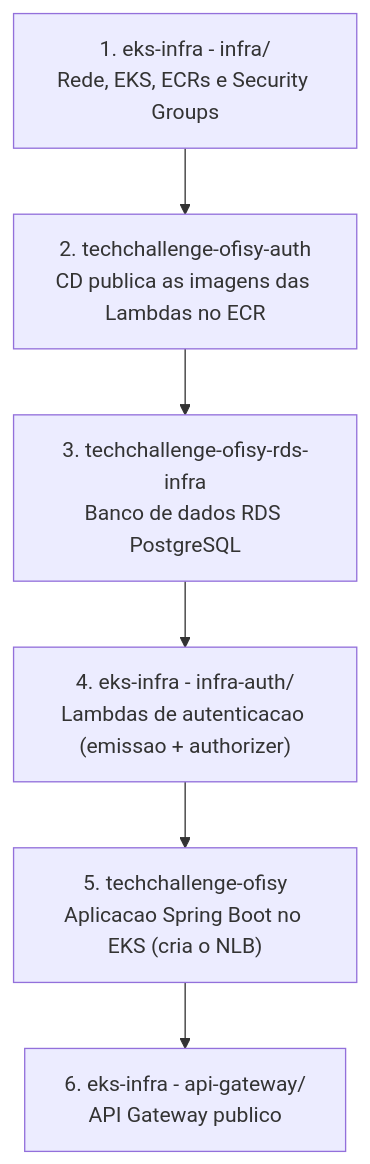
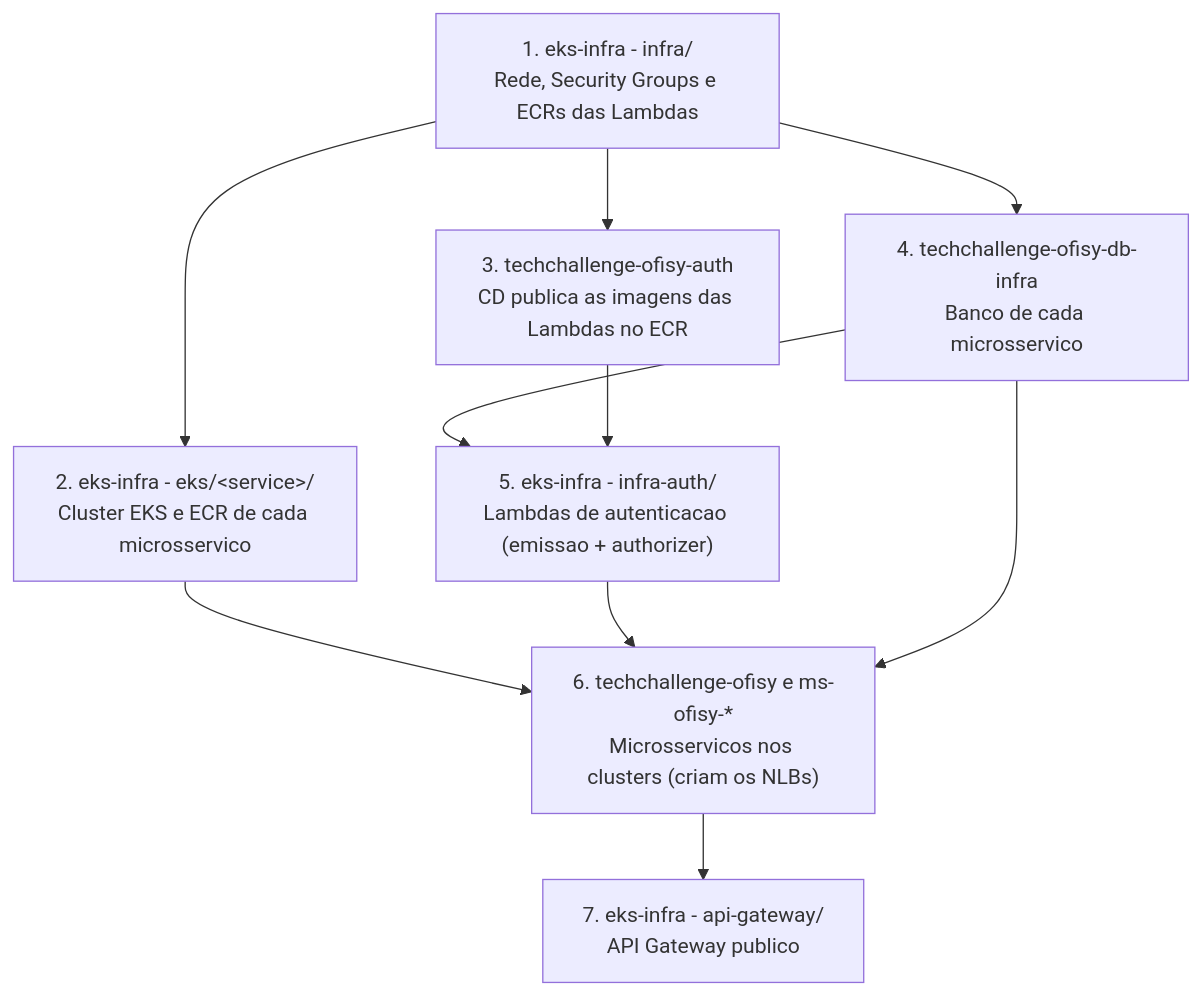
Before and after one commit to 15SOAT-FIAP/techchallenge-ofisy-eks-infra: the diagram in README.md, drawn with Mermaid. The commit also changed other lines of this file, not shown here.

Commit message:
docs: documentar os clusters eks por microsserviço

````diff
--- a/README.md
+++ b/README.md
@@ -60,11 +63,15 @@
 ```mermaid
 flowchart TD
-    P1["1. eks-infra - infra/<br/>Rede, EKS, ECRs e Security Groups"]
-    P2["2. techchallenge-ofisy-auth<br/>CD publica as imagens das Lambdas no ECR"]
-    P3["3. techchallenge-ofisy-rds-infra<br/>Banco de dados RDS PostgreSQL"]
-    P4["4. eks-infra - infra-auth/<br/>Lambdas de autenticacao (emissao + authorizer)"]
-    P5["5. techchallenge-ofisy<br/>Aplicacao Spring Boot no EKS (cria o NLB)"]
-    P6["6. eks-infra - api-gateway/<br/>API Gateway publico"]
+    P1["1. eks-infra - infra/<br/>Rede, Security Groups e ECRs das Lambdas"]
+    P2["2. eks-infra - eks/&lt;service&gt;/<br/>Cluster EKS e ECR de cada microsservico"]
+    P3["3. techchallenge-ofisy-auth<br/>CD publica as imagens das Lambdas no ECR"]
+    P4["4. techchallenge-ofisy-db-infra<br/>Banco de cada microsservico"]
+    P5["5. eks-infra - infra-auth/<br/>Lambdas de autenticacao (emissao + authorizer)"]
+    P6["6. techchallenge-ofisy e ms-ofisy-*<br/>Microsservicos nos clusters (criam os NLBs)"]
+    P7["7. eks-infra - api-gateway/<br/>API Gateway publico"]
 
-    P1 --> P2 --> P3 --> P4 --> P5 --> P6
+    P1 --> P2 --> P6
+    P1 --> P4 --> P5 --> P6 --> P7
+    P1 --> P3 --> P5
+    P4 --> P6
 ```
````
